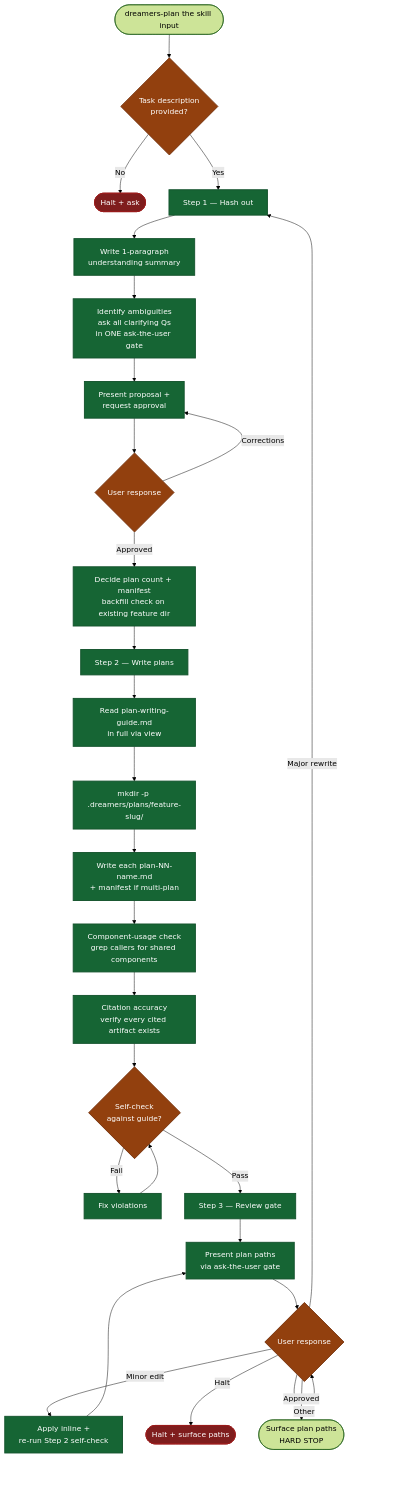
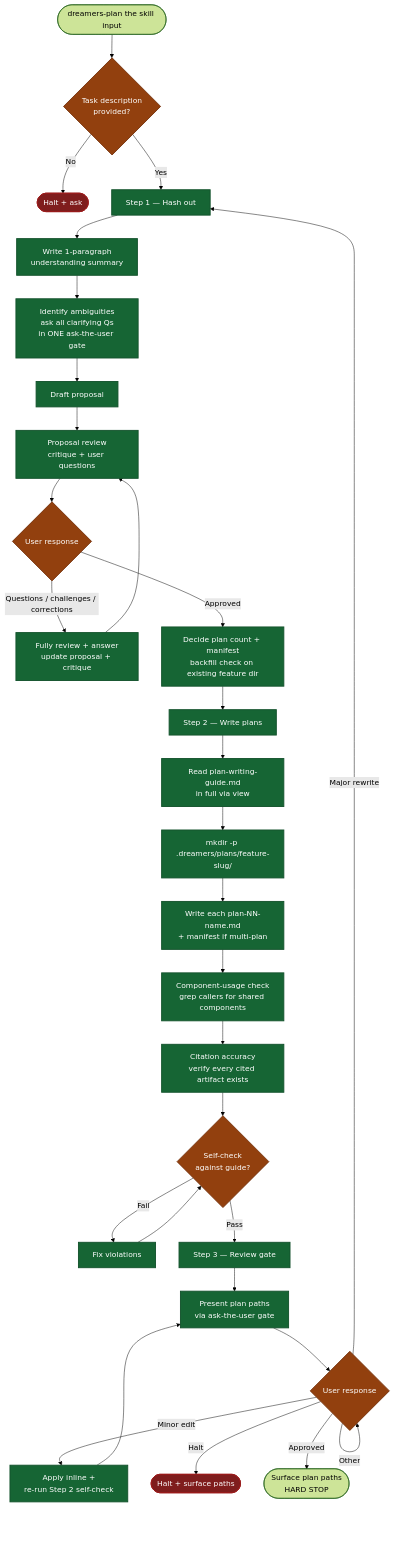
The diagram in skills/dreamers-plan/readme.md (mrStorrs/dreamers-codex), drawn with Mermaid (forest theme) before and after one commit. The commit also changed other lines of this file and 3 other files, not shown here.

Commit message:
docs: add planning proposal review loop

````diff
--- a/skills/dreamers-plan/readme.md
+++ b/skills/dreamers-plan/readme.md
@@ -5,41 +5,43 @@
 ```mermaid
 flowchart TD
     Start(["dreamers-plan the skill input"]) --> ArgCheck{"Task description<br/>provided?"}
     ArgCheck -->|No| HaltA(["Halt + ask"])
     ArgCheck -->|Yes| S1
 
     S1["Step 1 — Hash out"] --> Summary["Write 1-paragraph<br/>understanding summary"]
     Summary --> Questions["Identify ambiguities<br/>ask all clarifying Qs<br/>in ONE ask-the-user gate"]
-    Questions --> Proposal["Present proposal +<br/>request approval"]
-    Proposal --> ApprovalGate{"User response"}
-    ApprovalGate -->|Corrections| Proposal
+    Questions --> Draft["Draft proposal"]
+    Draft --> ReviewPhase["Proposal review<br/>critique + user questions"]
+    ReviewPhase --> ApprovalGate{"User response"}
+    ApprovalGate -->|"Questions / challenges / corrections"| Answer["Fully review + answer<br/>update proposal + critique"]
+    Answer --> ReviewPhase
     ApprovalGate -->|Approved| Decide["Decide plan count + manifest<br/>backfill check on existing feature dir"]
     Decide --> S2
 
     S2["Step 2 — Write plans"] --> ReadGuide["Read plan-writing-guide.md<br/>in full via view"]
     ReadGuide --> Mkdir["mkdir -p .dreamers/plans/feature-slug/"]
     Mkdir --> WritePlans["Write each plan-NN-name.md<br/>+ manifest if multi-plan"]
     WritePlans --> Component["Component-usage check<br/>grep callers for shared components"]
     Component --> Citation["Citation accuracy<br/>verify every cited artifact exists"]
     Citation --> SelfCheck{"Self-check<br/>against guide?"}
     SelfCheck -->|Fail| FixPlan["Fix violations"]
     FixPlan --> SelfCheck
     SelfCheck -->|Pass| S3
 
     S3["Step 3 — Review gate"] --> Present["Present plan paths<br/>via ask-the-user gate"]
     Present --> Review{"User response"}
     Review -->|Minor edit| MinorFix["Apply inline +<br/>re-run Step 2 self-check"]
     MinorFix --> Present
     Review -->|Major rewrite| S1
     Review -->|Halt| HaltB(["Halt + surface paths"])
     Review -->|Other| Review
     Review -->|Approved| End(["Surface plan paths<br/>HARD STOP"])
 
     classDef gate fill:#92400e,stroke:#78350f,stroke-width:2px,color:#fff
     classDef halt fill:#7f1d1d,stroke:#991b1b,stroke-width:2px,color:#fff
     classDef phase fill:#166534,stroke:#14532d,stroke-width:2px,color:#fff
 
     class ArgCheck,ApprovalGate,SelfCheck,Review gate
     class HaltA,HaltB halt
-    class S1,S2,S3,Summary,Questions,Proposal,Decide,ReadGuide,Mkdir,WritePlans,Component,Citation,FixPlan,Present,MinorFix phase
+    class S1,S2,S3,Summary,Questions,Draft,ReviewPhase,Answer,Decide,ReadGuide,Mkdir,WritePlans,Component,Citation,FixPlan,Present,MinorFix phase
 ```
````
